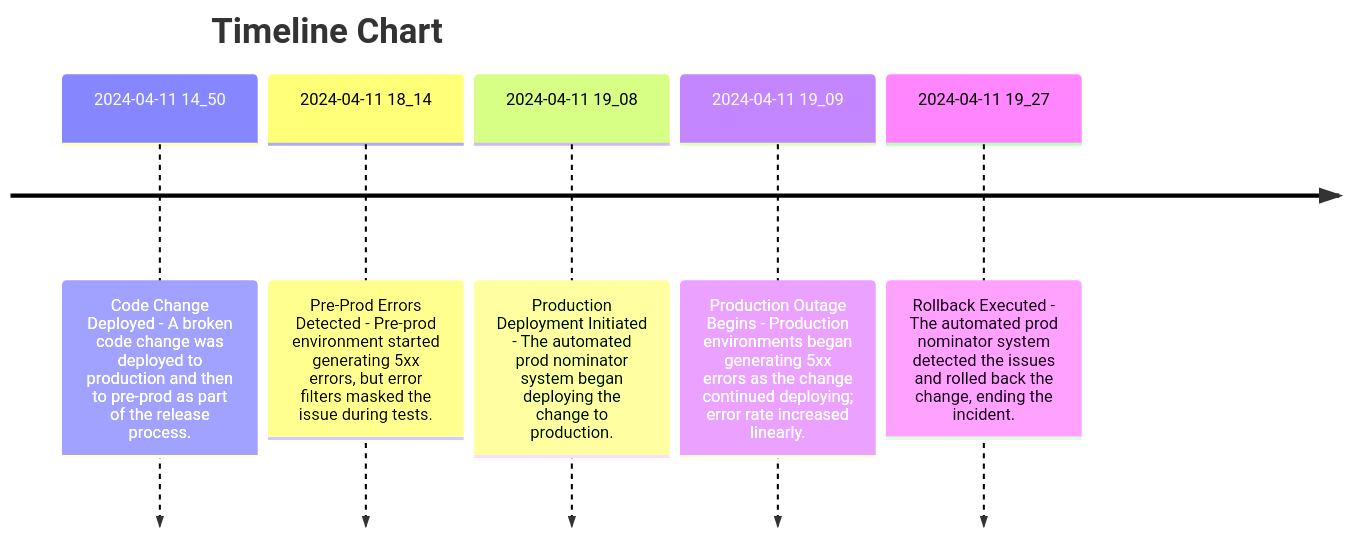
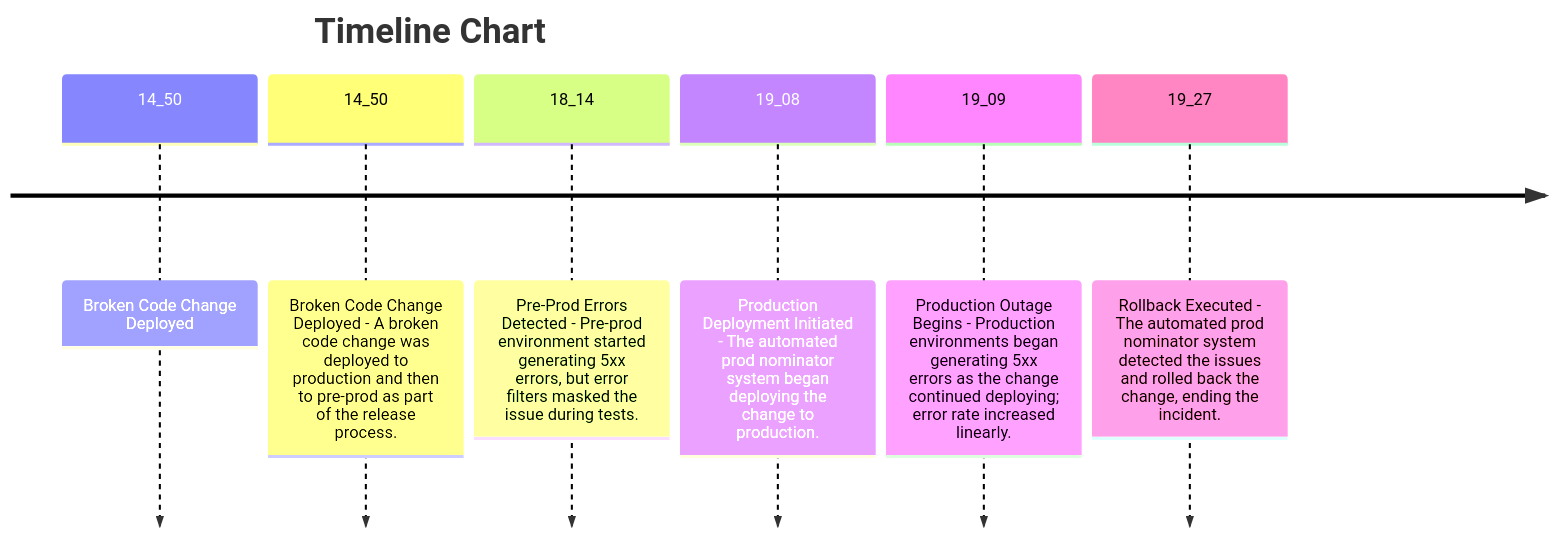
Before and after one commit to Rootly-AI-Labs/IncidentDiagram: the first of 2 diagrams in example_output.md, drawn with Mermaid. The commit also changed 10 other files, not shown here.

````diff
--- a/example_output.md
+++ b/example_output.md
@@ -1,9 +1,10 @@
 ```mermaid
 timeline
     title Timeline Chart
-    2024-04-11 14_50 : Code Change Deployed - A broken code change was deployed to production and then to pre-prod as part of the release process.
-    2024-04-11 18_14 : Pre-Prod Errors Detected - Pre-prod environment started generating 5xx errors, but error filters masked the issue during tests.
-    2024-04-11 19_08 : Production Deployment Initiated - The automated prod nominator system began deploying the change to production.
-    2024-04-11 19_09 : Production Outage Begins - Production environments began generating 5xx errors as the change continued deploying; error rate increased linearly.
-    2024-04-11 19_27 : Rollback Executed - The automated prod nominator system detected the issues and rolled back the change, ending the incident.
+    14_50 : Broken Code Change Deployed
+    14_50 : Broken Code Change Deployed - A broken code change was deployed to production and then to pre-prod as part of the release process.
+    18_14 : Pre-Prod Errors Detected - Pre-prod environment started generating 5xx errors, but error filters masked the issue during tests.
+    19_08 : Production Deployment Initiated - The automated prod nominator system began deploying the change to production.
+    19_09 : Production Outage Begins - Production environments began generating 5xx errors as the change continued deploying; error rate increased linearly.
+    19_27 : Rollback Executed - The automated prod nominator system detected the issues and rolled back the change, ending the incident.
 ```
````
